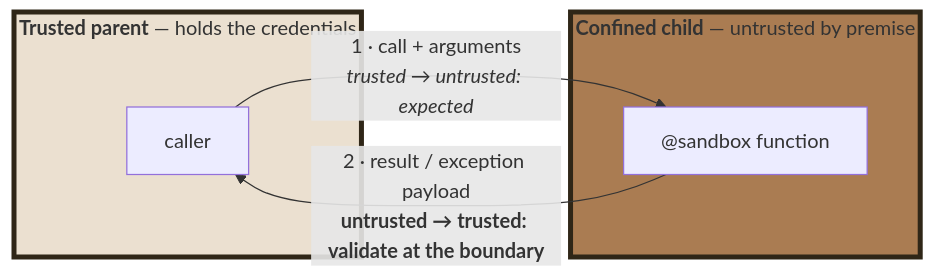
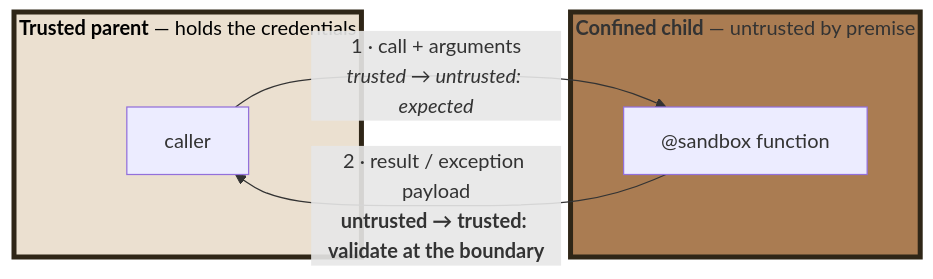
Before and after one commit to pprados/pysandboxes: the seventh of 7 diagrams in research/confining-python-by-observation.md, drawn with Mermaid. The commit also changed other lines of this file and 1 other file, not shown here.

Commit message:
docs: black text on the light OS-sandbox boxes of the mermaid diagrams

````diff
--- a/research/confining-python-by-observation.md
+++ b/research/confining-python-by-observation.md
@@ -361,15 +361,15 @@
 ```mermaid
 %% caption: Across the IPC boundary, data flows outward while trust flows inward
 flowchart LR
     subgraph T["<b>Trusted parent</b> — holds the credentials"]
         P["caller"]
     end
     subgraph U["<b>Confined child</b> — untrusted by premise"]
         C["@sandbox function"]
     end
     P -- "1 · call + arguments<br/><i>trusted → untrusted: expected</i>" --> C
     C -- "2 · result / exception payload<br/><b>untrusted → trusted: validate at the boundary</b>" --> P
 
-style T fill:#ebe0d0,stroke:#2f2617,stroke-width:4px
+style T fill:#ebe0d0,stroke:#2f2617,stroke-width:4px,color:#000000
 style U fill:#aa7c52,stroke:#2f2617,stroke-width:4px
 ```
````
